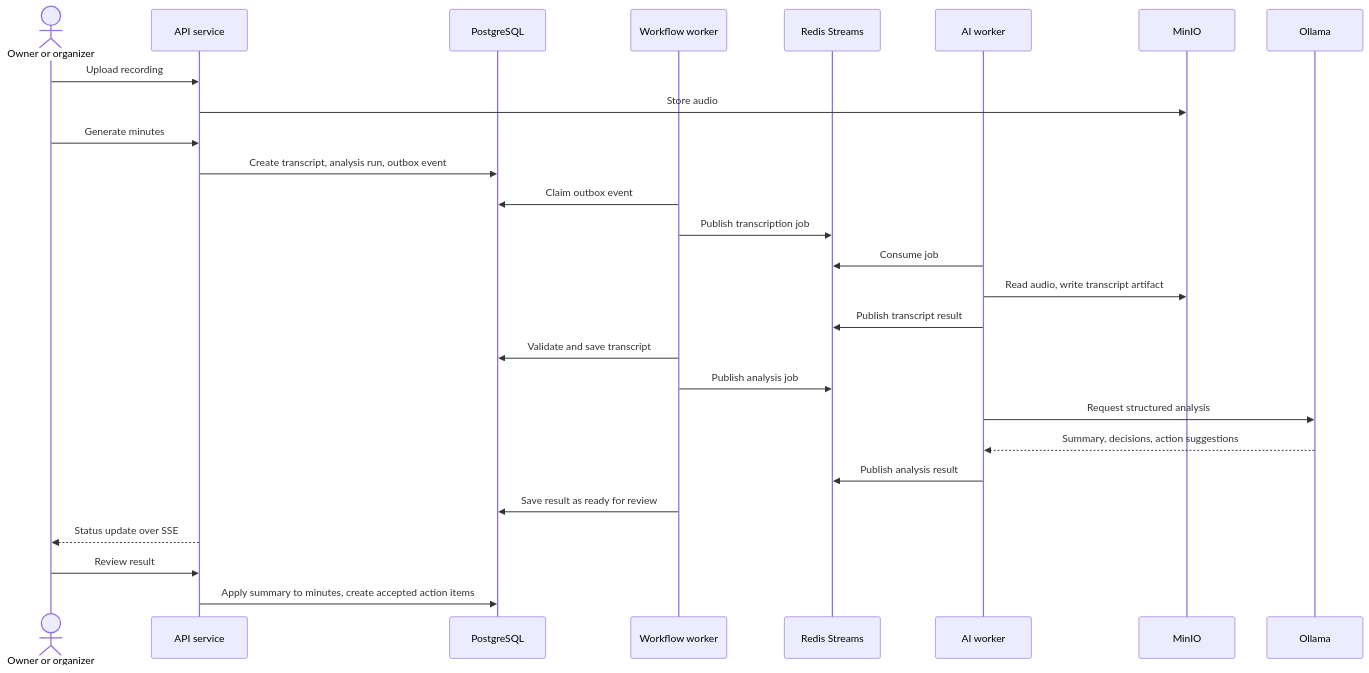
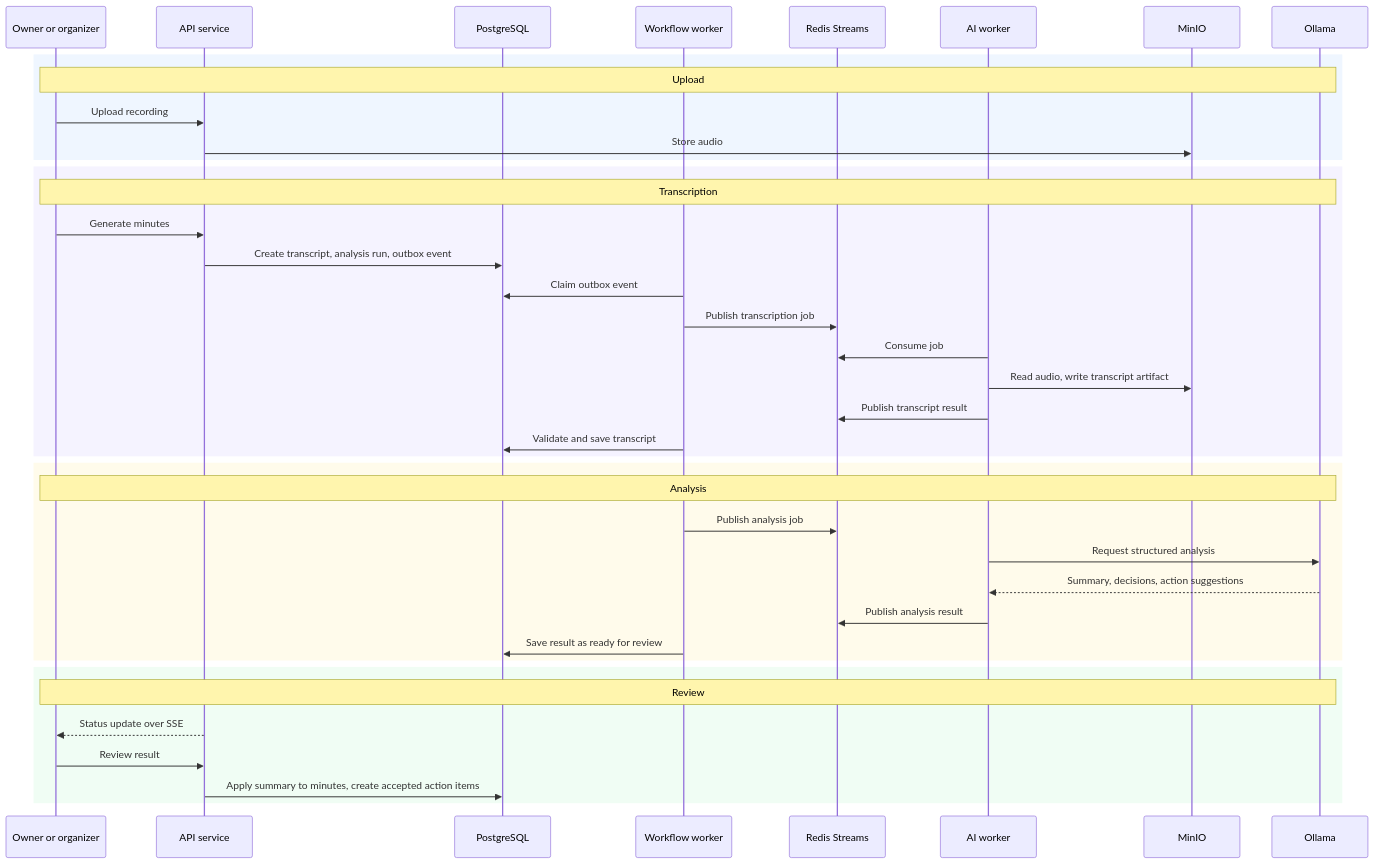
The fourth of 5 diagrams in artefacts/docs/technical-spec.md (DOSTSquad/meeting-mgnt), drawn with Mermaid before and after one commit. The commit also changed other lines of this file and 3 other files, not shown here.

First line of the commit message:
Restyle specification diagrams and regenerate the PDF

````diff
--- a/artefacts/docs/technical-spec.md
+++ b/artefacts/docs/technical-spec.md
@@ -176,29 +201,42 @@
 ```mermaid
 sequenceDiagram
-  actor U as Owner or organizer
+  participant U as Owner or organizer
   participant API as API service
   participant DB as PostgreSQL
   participant W as Workflow worker
   participant R as Redis Streams
   participant AI as AI worker
   participant S as MinIO
   participant O as Ollama
-  U->>API: Upload recording
-  API->>S: Store audio
-  U->>API: Generate minutes
-  API->>DB: Create transcript, analysis run, outbox event
-  W->>DB: Claim outbox event
-  W->>R: Publish transcription job
-  AI->>R: Consume job
-  AI->>S: Read audio, write transcript artifact
-  AI->>R: Publish transcript result
-  W->>DB: Validate and save transcript
-  W->>R: Publish analysis job
-  AI->>O: Request structured analysis
-  O-->>AI: Summary, decisions, action suggestions
-  AI->>R: Publish analysis result
-  W->>DB: Save result as ready for review
-  API-->>U: Status update over SSE
-  U->>API: Review result
-  API->>DB: Apply summary to minutes, create accepted action items
+
+  rect rgb(239, 246, 255)
+    Note over U,O: Upload
+    U->>API: Upload recording
+    API->>S: Store audio
+  end
+  rect rgb(245, 243, 255)
+    Note over U,O: Transcription
+    U->>API: Generate minutes
+    API->>DB: Create transcript, analysis run, outbox event
+    W->>DB: Claim outbox event
+    W->>R: Publish transcription job
+    AI->>R: Consume job
+    AI->>S: Read audio, write transcript artifact
+    AI->>R: Publish transcript result
+    W->>DB: Validate and save transcript
+  end
+  rect rgb(255, 251, 235)
+    Note over U,O: Analysis
+    W->>R: Publish analysis job
+    AI->>O: Request structured analysis
+    O-->>AI: Summary, decisions, action suggestions
+    AI->>R: Publish analysis result
+    W->>DB: Save result as ready for review
+  end
+  rect rgb(240, 253, 244)
+    Note over U,O: Review
+    API-->>U: Status update over SSE
+    U->>API: Review result
+    API->>DB: Apply summary to minutes, create accepted action items
+  end
 ```
````
